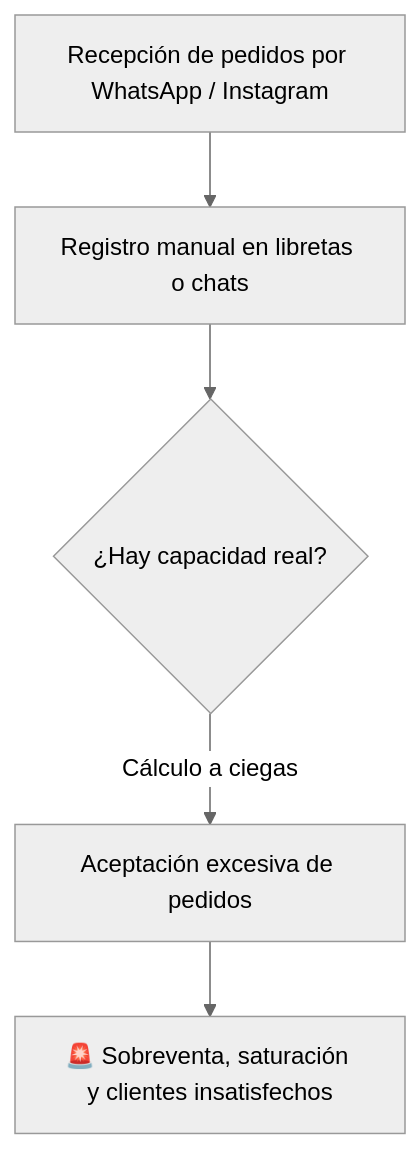
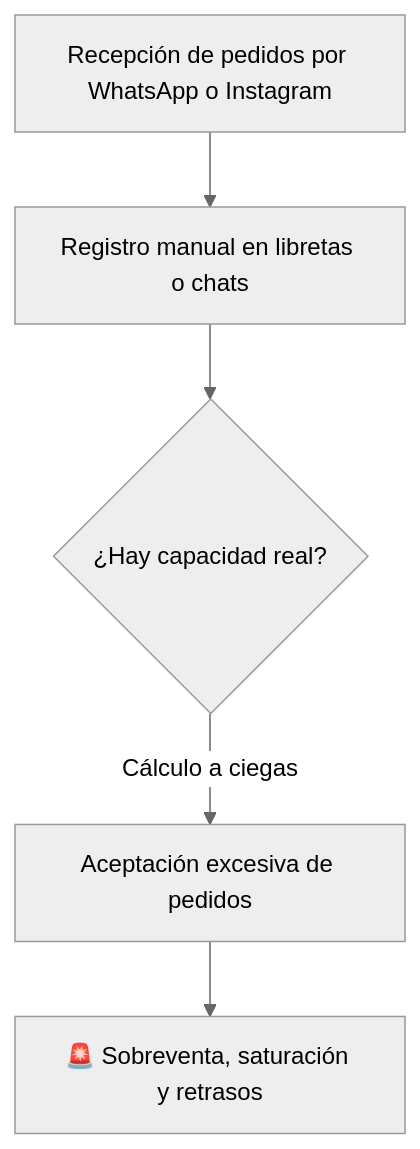
Before and after one commit to iJosueeh/jaldishop: the first of 2 diagrams in docs/01-producto/propuesta.md, drawn with Mermaid (neutral theme). The commit also changed other lines of this file and 3 other files, not shown here.

````diff
--- a/docs/01-producto/propuesta.md
+++ b/docs/01-producto/propuesta.md
@@ -34,7 +33,7 @@
 ```mermaid
 flowchart TD
-    A[Recepción de pedidos por WhatsApp / Instagram] --> B[Registro manual en libretas o chats]
+    A[Recepción de pedidos por WhatsApp o Instagram] --> B[Registro manual en libretas o chats]
     B --> C{¿Hay capacidad real?}
     C -->|Cálculo a ciegas| D[Aceptación excesiva de pedidos]
-    D --> E[🚨 Sobreventa, saturación y clientes insatisfechos]
+    D --> E[🚨 Sobreventa, saturación y retrasos]
 ```
````
